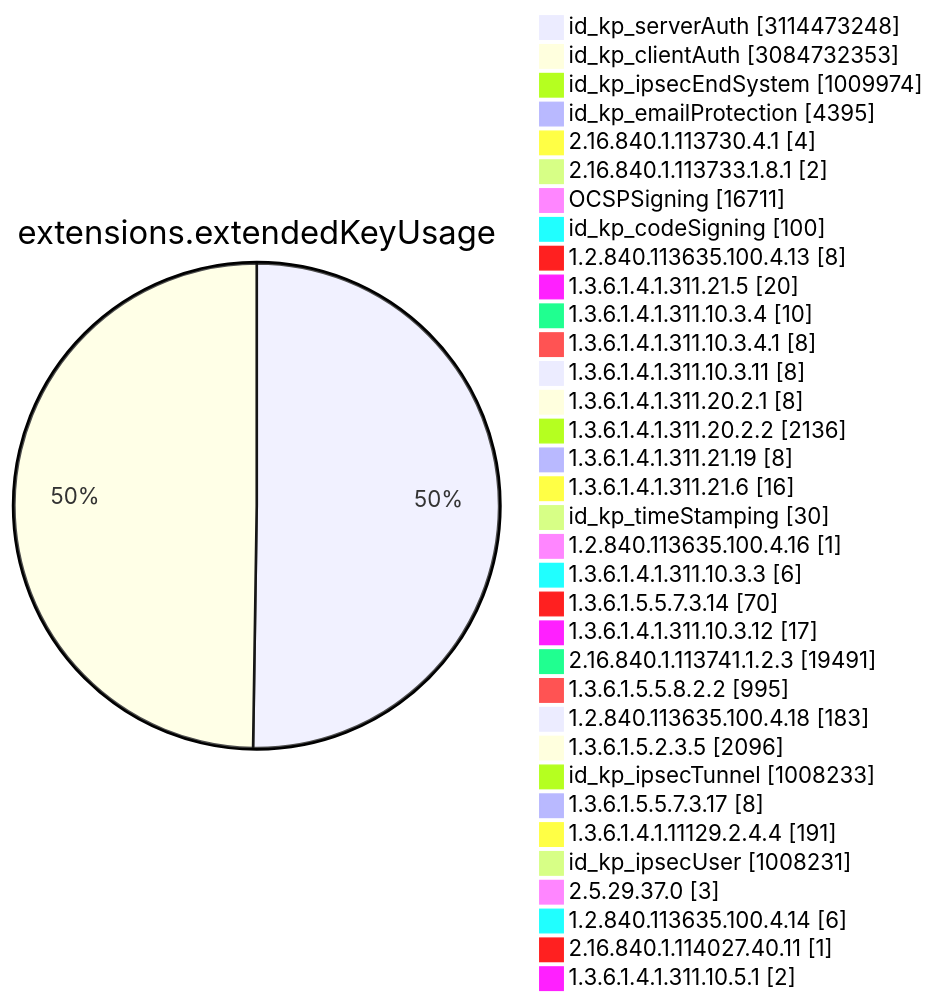
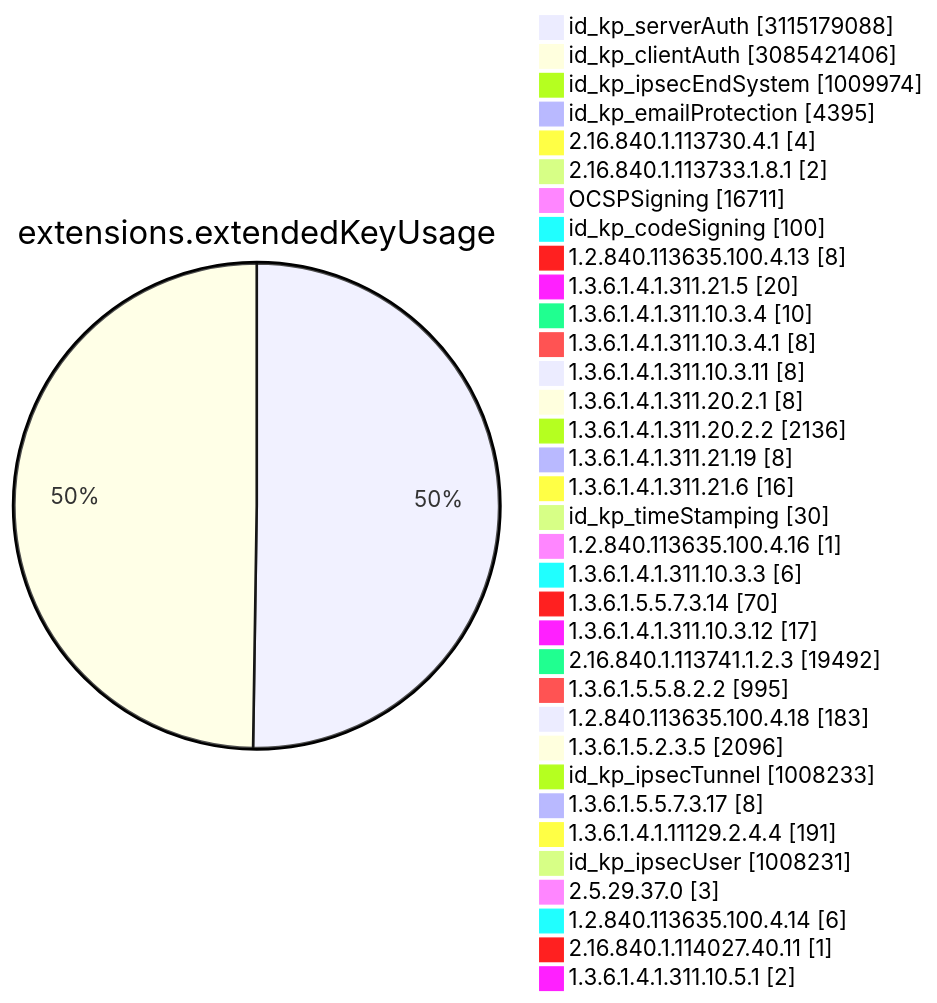
One commit to christiankrug/ctmonitor_visualization changed diagram 11 of 15 in TOTAL/README.md. Above: the diagram before and after it, drawn with Mermaid. The commit also changed other lines of this file, not shown here.

````diff
--- a/TOTAL/README.md
+++ b/TOTAL/README.md
@@ -4119,38 +4119,38 @@
 ```mermaid
 pie showData
 title extensions.extendedKeyUsage
-"id_kp_serverAuth" :3114473248
-"id_kp_clientAuth" :3084732353
+"id_kp_serverAuth" :3115179088
+"id_kp_clientAuth" :3085421406
 "id_kp_ipsecEndSystem" :1009974
 "id_kp_emailProtection" :4395
 "2.16.840.1.113730.4.1" :4
 "2.16.840.1.113733.1.8.1" :2
 "OCSPSigning" :16711
 "id_kp_codeSigning" :100
 "1.2.840.113635.100.4.13" :8
 "1.3.6.1.4.1.311.21.5" :20
 "1.3.6.1.4.1.311.10.3.4" :10
 "1.3.6.1.4.1.311.10.3.4.1" :8
 "1.3.6.1.4.1.311.10.3.11" :8
 "1.3.6.1.4.1.311.20.2.1" :8
 "1.3.6.1.4.1.311.20.2.2" :2136
 "1.3.6.1.4.1.311.21.19" :8
 "1.3.6.1.4.1.311.21.6" :16
 "id_kp_timeStamping" :30
 "1.2.840.113635.100.4.16" :1
 "1.3.6.1.4.1.311.10.3.3" :6
 "1.3.6.1.5.5.7.3.14" :70
 "1.3.6.1.4.1.311.10.3.12" :17
-"2.16.840.1.113741.1.2.3" :19491
+"2.16.840.1.113741.1.2.3" :19492
 "1.3.6.1.5.5.8.2.2" :995
 "1.2.840.113635.100.4.18" :183
 "1.3.6.1.5.2.3.5" :2096
 "id_kp_ipsecTunnel" :1008233
 "1.3.6.1.5.5.7.3.17" :8
 "1.3.6.1.4.1.11129.2.4.4" :191
 "id_kp_ipsecUser" :1008231
 "2.5.29.37.0" :3
 "1.2.840.113635.100.4.14" :6
 "2.16.840.1.114027.40.11" :1
 "1.3.6.1.4.1.311.10.5.1" :2
 ```
````
